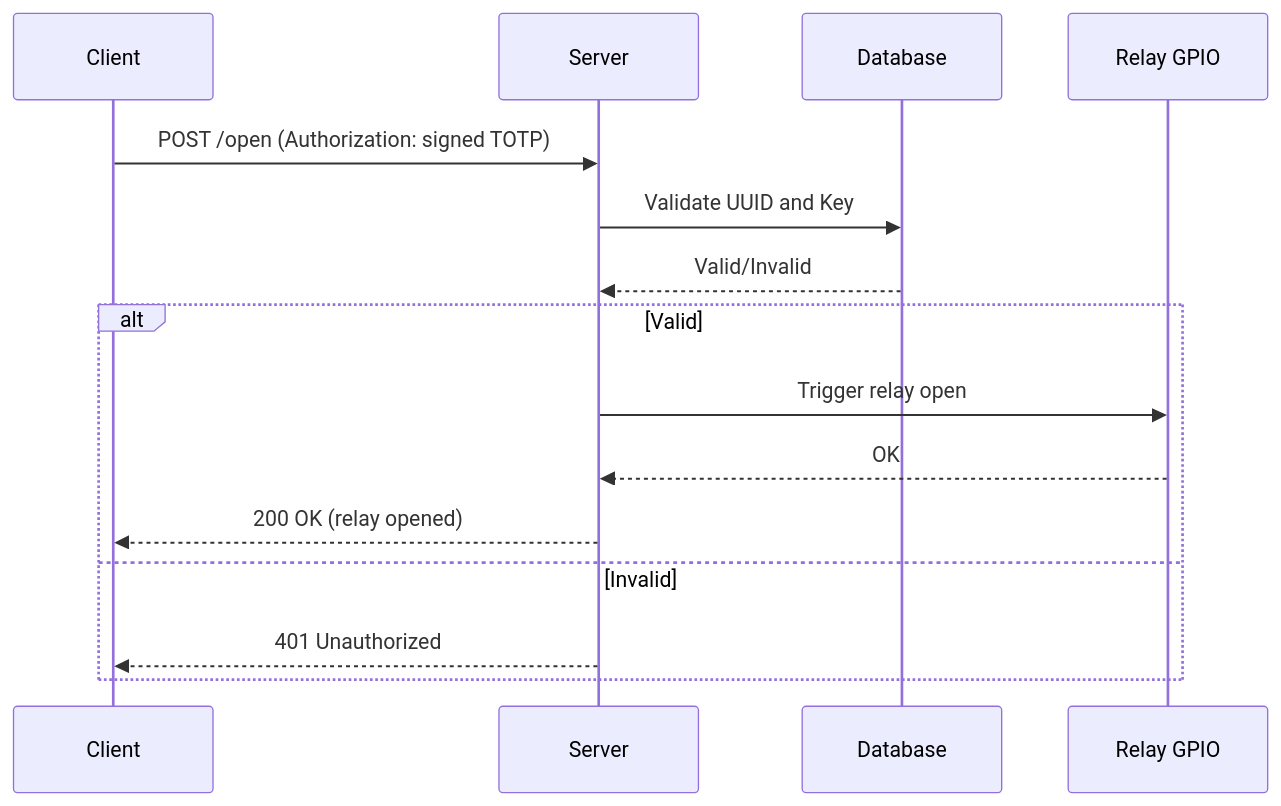
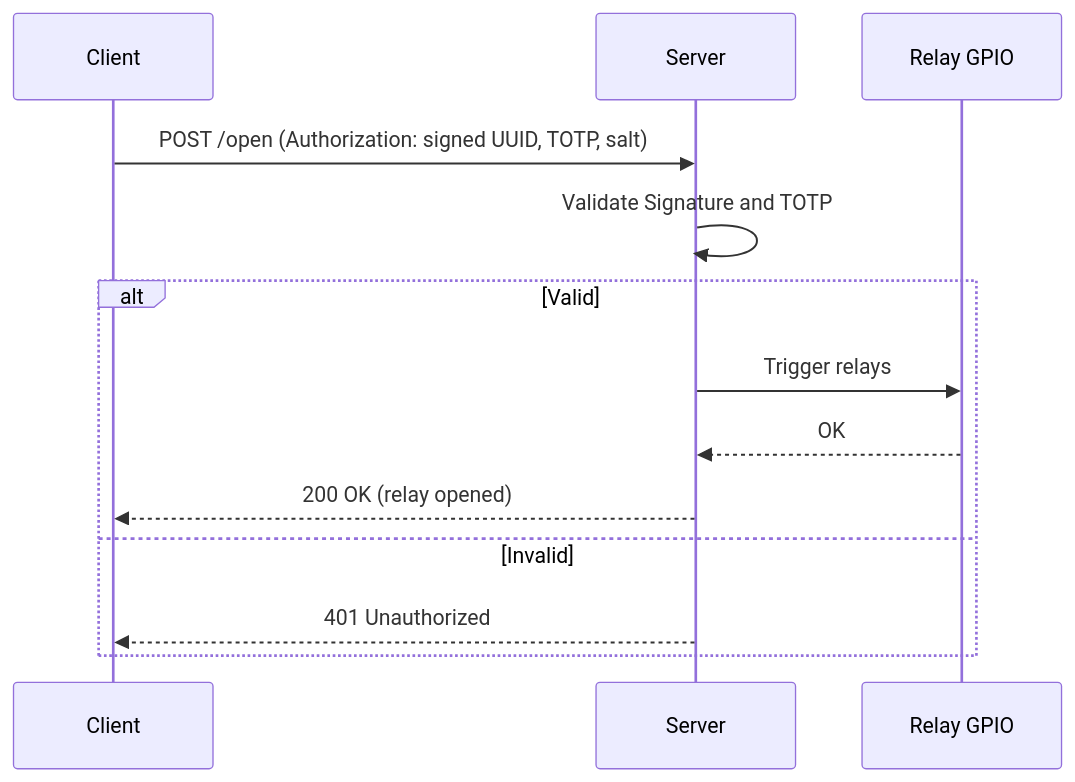
One commit to philippepascal/ict_server changed the fourth of 4 diagrams in README.md. Above: the diagram before and after it, drawn with Mermaid. The commit also changed other lines of this file, not shown here.

````diff
--- a/README.md
+++ b/README.md
@@ -45,18 +77,16 @@
 ```mermaid
 sequenceDiagram
     participant Client
     participant Server
-    participant DB as Database
     participant GPIO as Relay GPIO
 
-    Client->>Server: POST /open (Authorization: signed TOTP)
-    Server->>DB: Validate UUID and Key
-    DB-->>Server: Valid/Invalid
+    Client->>Server: POST /open (Authorization: signed UUID, TOTP, salt)
+    Server->>Server: Validate Signature and TOTP
     alt Valid
-        Server->>GPIO: Trigger relay open
+        Server->>GPIO: Trigger relays
         GPIO-->>Server: OK
         Server-->>Client: 200 OK (relay opened)
     else Invalid
         Server-->>Client: 401 Unauthorized
     end
 ```
````
